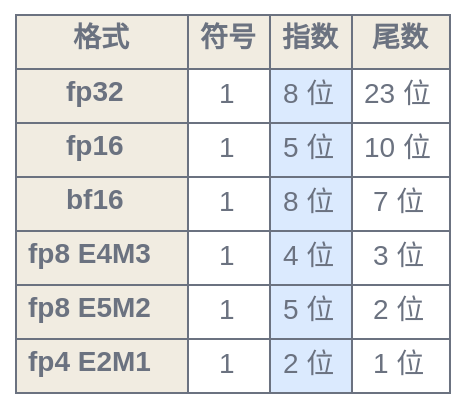
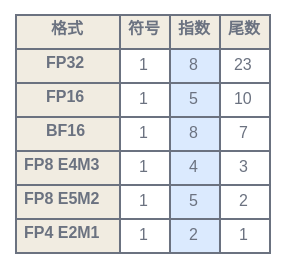
One commit to latere-ai/ai-as-an-infrastructure changed the fourth of 4 diagrams in zh/foundations/06-training-at-scale.qmd. Above: the diagram before and after it, drawn with Graphviz. The commit also changed other lines of this file and 2 other files, not shown here.

````diff
--- a/zh/foundations/06-training-at-scale.qmd
+++ b/zh/foundations/06-training-at-scale.qmd
@@ -83,20 +243,20 @@
 ```{dot}
 //| label: fig-training-precision
-//| fig-cap: "各训练精度的位布局。符号、指数与尾数字段按宽度绘制。bf16 继承了 fp32 的八个指数位，这正是它无需损失缩放即可跨越相同范围的原因。fp4 的 E2M1 几乎什么都留不下，所以微缩放格式要给每一小块数值配一个自己的缩放因子。"
+//| fig-cap: "训练中使用的单值位布局。完整的数值配方还必须说明累积数据类型、缩放粒度与历史，以及哪些操作保留更高精度。"
 digraph precision {
   bgcolor="transparent";
   rankdir=LR;
-  node [shape=plaintext, fontname="Helvetica", fontcolor="#6b7280"];
+  node [shape=plaintext, fontname="Helvetica", fontsize=8, fontcolor="#6b7280"];
   t [label=<
-    <table border="0" cellborder="1" cellspacing="0" cellpadding="5" color="#6b7280">
+    <table border="0" cellborder="1" cellspacing="0" cellpadding="3" color="#6b7280">
       <tr><td bgcolor="#f1ece1"><b>格式</b></td><td bgcolor="#f1ece1"><b>符号</b></td><td bgcolor="#f1ece1"><b>指数</b></td><td bgcolor="#f1ece1"><b>尾数</b></td></tr>
-      <tr><td bgcolor="#f1ece1"><b>fp32</b></td><td>1</td><td bgcolor="#dbeafe">8 位</td><td>23 位</td></tr>
-      <tr><td bgcolor="#f1ece1"><b>fp16</b></td><td>1</td><td bgcolor="#dbeafe">5 位</td><td>10 位</td></tr>
-      <tr><td bgcolor="#f1ece1"><b>bf16</b></td><td>1</td><td bgcolor="#dbeafe">8 位</td><td>7 位</td></tr>
-      <tr><td bgcolor="#f1ece1"><b>fp8 E4M3</b></td><td>1</td><td bgcolor="#dbeafe">4 位</td><td>3 位</td></tr>
-      <tr><td bgcolor="#f1ece1"><b>fp8 E5M2</b></td><td>1</td><td bgcolor="#dbeafe">5 位</td><td>2 位</td></tr>
-      <tr><td bgcolor="#f1ece1"><b>fp4 E2M1</b></td><td>1</td><td bgcolor="#dbeafe">2 位</td><td>1 位</td></tr>
+      <tr><td bgcolor="#f1ece1"><b>FP32</b></td><td>1</td><td bgcolor="#dbeafe">8</td><td>23</td></tr>
+      <tr><td bgcolor="#f1ece1"><b>FP16</b></td><td>1</td><td bgcolor="#dbeafe">5</td><td>10</td></tr>
+      <tr><td bgcolor="#f1ece1"><b>BF16</b></td><td>1</td><td bgcolor="#dbeafe">8</td><td>7</td></tr>
+      <tr><td bgcolor="#f1ece1"><b>FP8 E4M3</b></td><td>1</td><td bgcolor="#dbeafe">4</td><td>3</td></tr>
+      <tr><td bgcolor="#f1ece1"><b>FP8 E5M2</b></td><td>1</td><td bgcolor="#dbeafe">5</td><td>2</td></tr>
+      <tr><td bgcolor="#f1ece1"><b>FP4 E2M1</b></td><td>1</td><td bgcolor="#dbeafe">2</td><td>1</td></tr>
     </table>
   >];
 }
 ```
````
